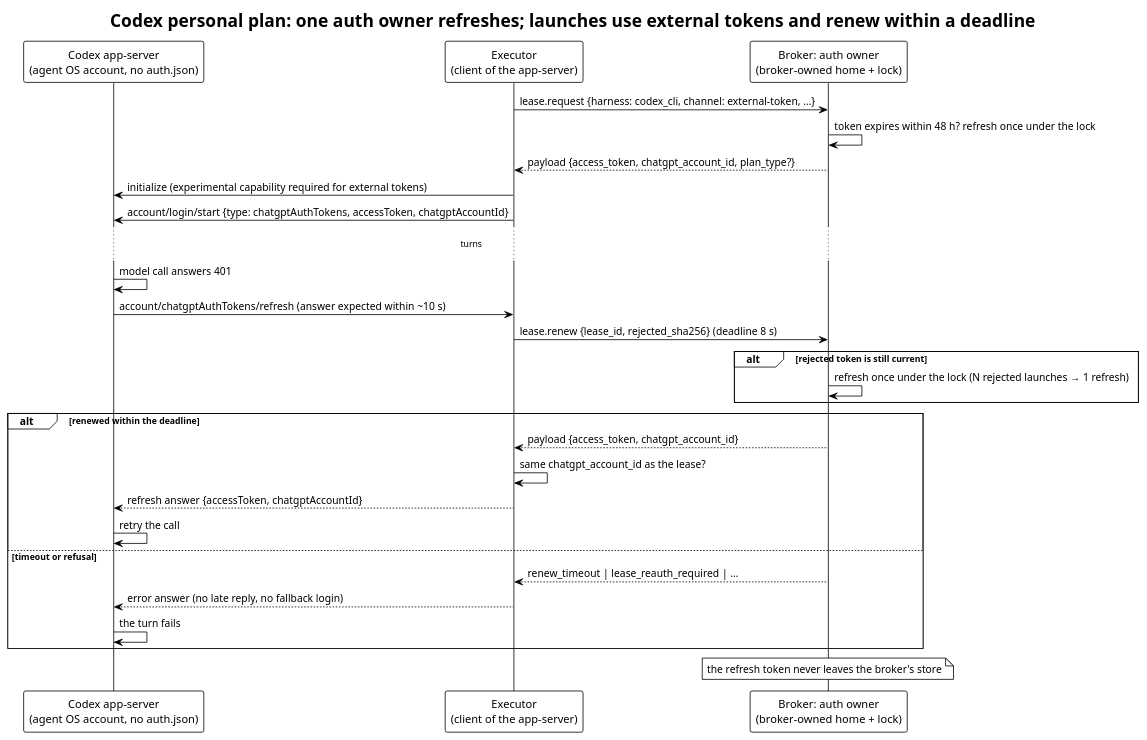
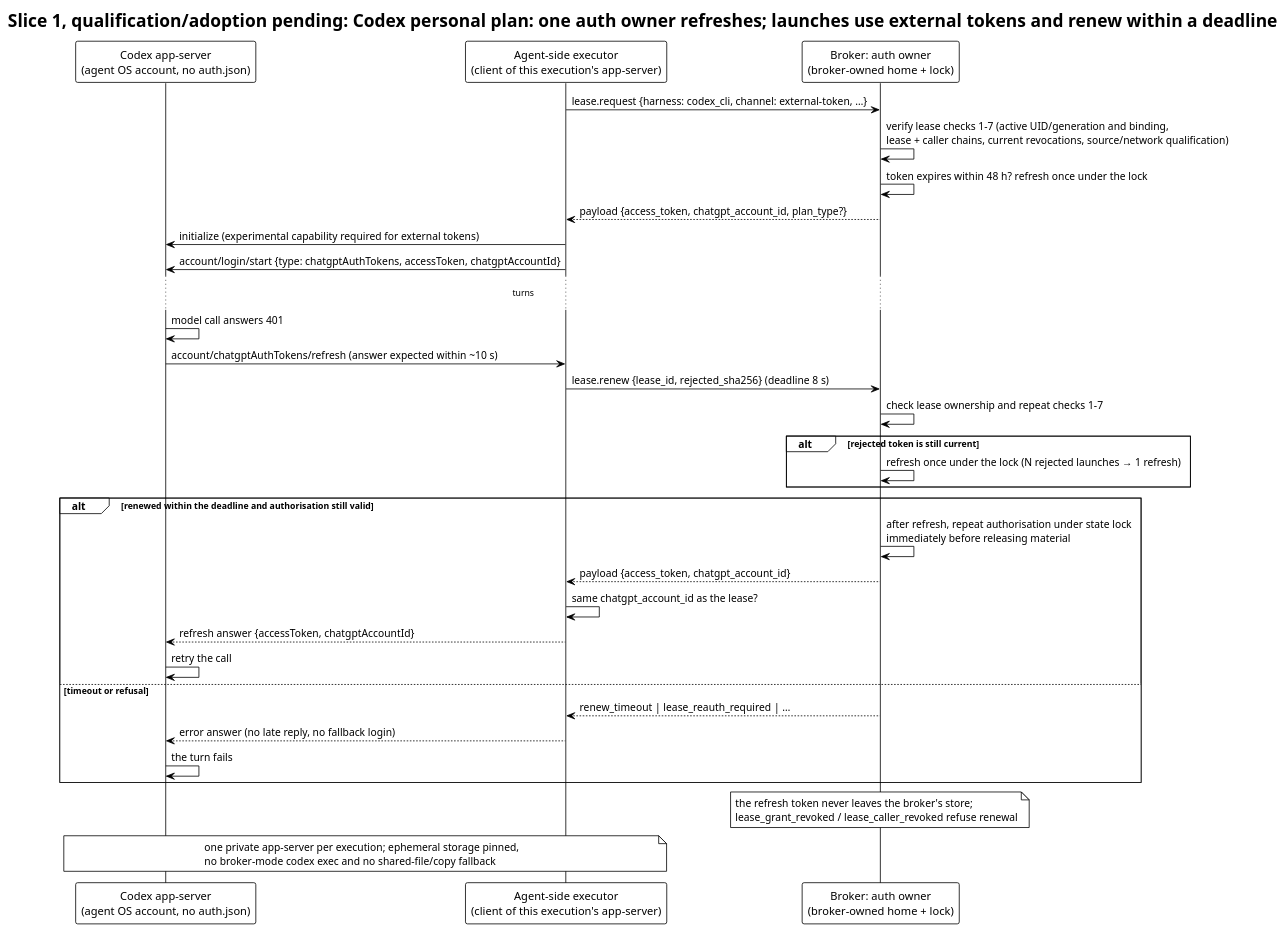
Before and after one commit to relux-works/curator-credential-broker: the diagram in diagrams/codex-renewal.puml, drawn with PlantUML. The commit also changed 6 other files, not shown here.

```diff
--- a/diagrams/codex-renewal.puml
+++ b/diagrams/codex-renewal.puml
@@ -1,32 +1,36 @@
 @startuml codex-renewal
 !theme plain
-title Codex personal plan: one auth owner refreshes; launches use external tokens and renew within a deadline
+title Slice 1, qualification/adoption pending: Codex personal plan: one auth owner refreshes; launches use external tokens and renew within a deadline
 
 participant "Codex app-server\n(agent OS account, no auth.json)" as A
-participant "Executor\n(client of the app-server)" as E
+participant "Agent-side executor\n(client of this execution's app-server)" as E
 participant "Broker: auth owner\n(broker-owned home + lock)" as O
 
 E -> O: lease.request {harness: codex_cli, channel: external-token, …}
+O -> O: verify lease checks 1–7 (active UID/generation and binding,\nlease + caller chains, current revocations, source/network qualification)
 O -> O: token expires within 48 h? refresh once under the lock
 O --> E: payload {access_token, chatgpt_account_id, plan_type?}
 E -> A: initialize (experimental capability required for external tokens)
 E -> A: account/login/start {type: chatgptAuthTokens, accessToken, chatgptAccountId}
 ... turns ...
 A -> A: model call answers 401
 A -> E: account/chatgptAuthTokens/refresh (answer expected within ~10 s)
 E -> O: lease.renew {lease_id, rejected_sha256} (deadline 8 s)
+O -> O: check lease ownership and repeat checks 1–7
 alt rejected token is still current
   O -> O: refresh once under the lock (N rejected launches → 1 refresh)
 end
-alt renewed within the deadline
+alt renewed within the deadline and authorisation still valid
+  O -> O: after refresh, repeat authorisation under state lock\nimmediately before releasing material
   O --> E: payload {access_token, chatgpt_account_id}
   E -> E: same chatgpt_account_id as the lease?
   E --> A: refresh answer {accessToken, chatgptAccountId}
   A -> A: retry the call
 else timeout or refusal
   O --> E: renew_timeout | lease_reauth_required | …
   E --> A: error answer (no late reply, no fallback login)
   A -> A: the turn fails
 end
-note over O: the refresh token never leaves the broker's store
+note over O: the refresh token never leaves the broker's store;\nlease_grant_revoked / lease_caller_revoked refuse renewal
+note over E,A: one private app-server per execution; ephemeral storage pinned,\nno broker-mode codex exec and no shared-file/copy fallback
 @enduml
```
